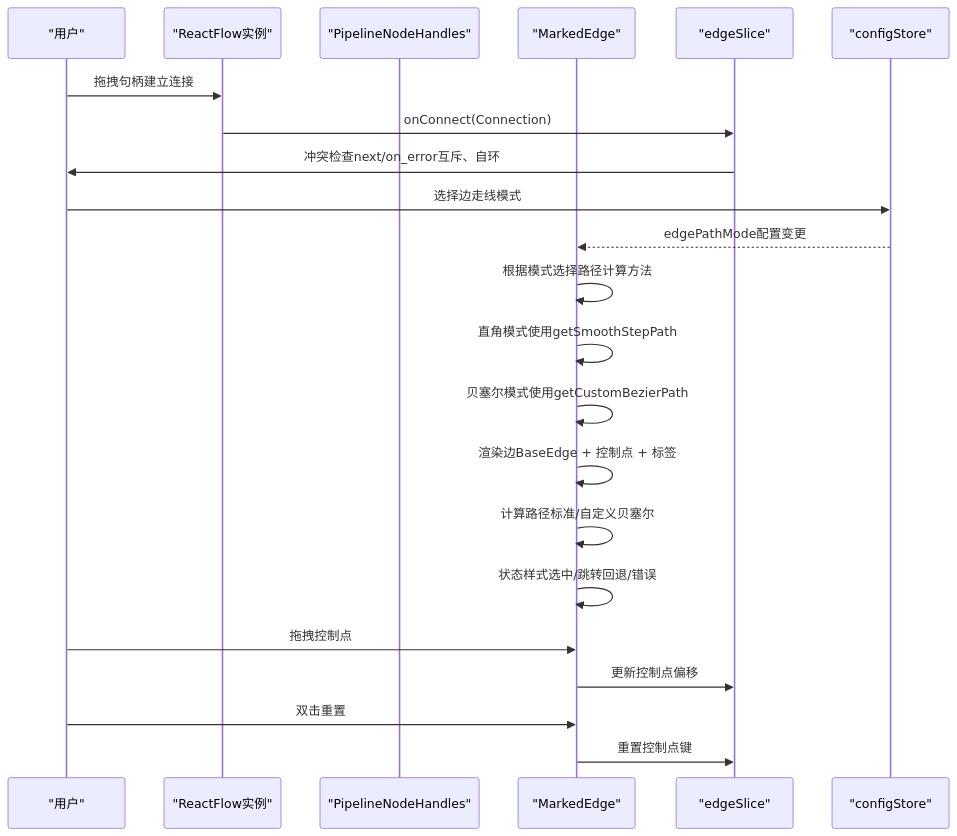
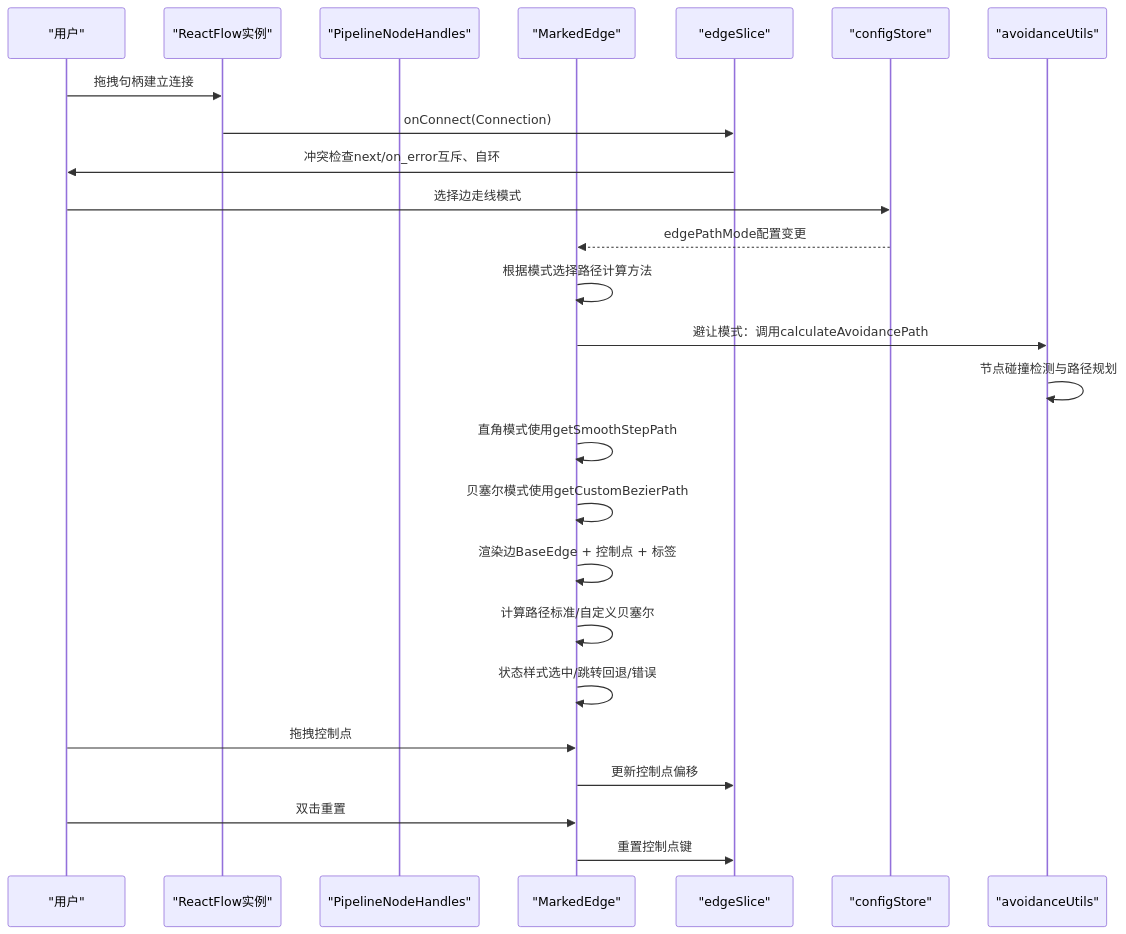
Before and after one commit to kqcoxn/MaaPipelineEditor: the second of 6 diagrams in .qoder/repowiki/zh/content/工作流编辑器/连接系统.md, drawn with Mermaid. The commit also changed other lines of this file and 19 other files, not shown here.

````diff
--- a/.qoder/repowiki/zh/content/工作流编辑器/连接系统.md
+++ b/.qoder/repowiki/zh/content/工作流编辑器/连接系统.md
@@ -137,24 +148,27 @@
 ```mermaid
 sequenceDiagram
 participant U as "用户"
 participant RF as "ReactFlow实例"
 participant H as "PipelineNodeHandles"
 participant E as "MarkedEdge"
 participant S as "edgeSlice"
 participant C as "configStore"
+participant A as "avoidanceUtils"
 U->>RF : 拖拽句柄建立连接
 RF->>S : onConnect(Connection)
 S->>U : 冲突检查next/on_error互斥、自环
 U->>C : 选择边走线模式
 C-->>E : edgePathMode配置变更
 E->>E : 根据模式选择路径计算方法
+E->>A : 避让模式：调用calculateAvoidancePath
+A->>A : 节点碰撞检测与路径规划
 E->>E : 直角模式使用getSmoothStepPath
 E->>E : 贝塞尔模式使用getCustomBezierPath
 E->>E : 渲染边BaseEdge + 控制点 + 标签
 E->>E : 计算路径标准/自定义贝塞尔
 E->>E : 状态样式选中/跳转回退/错误
 U->>E : 拖拽控制点
 E->>S : 更新控制点偏移
 U->>E : 双击重置
 E->>S : 重置控制点键
 ```
````
